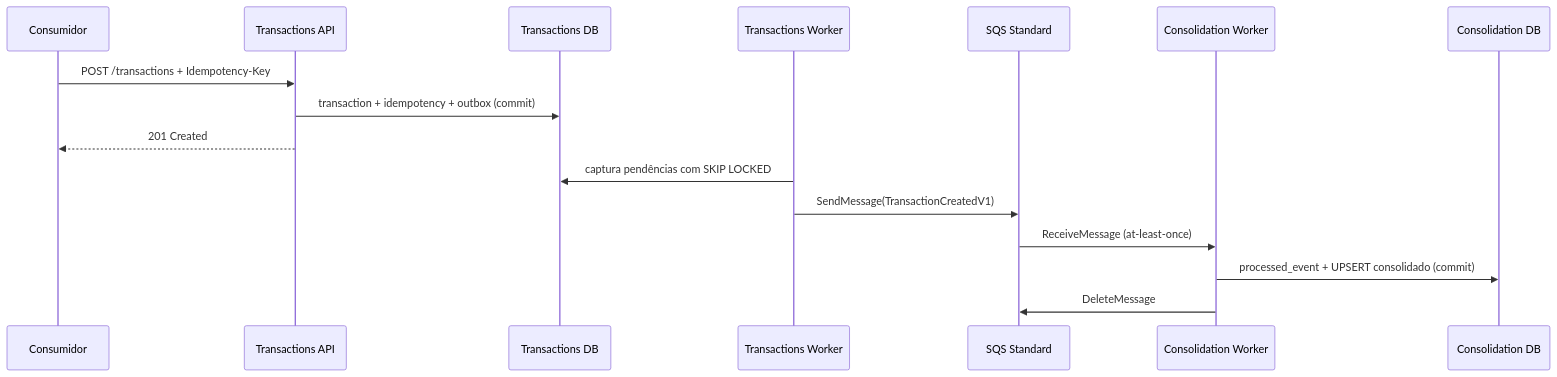
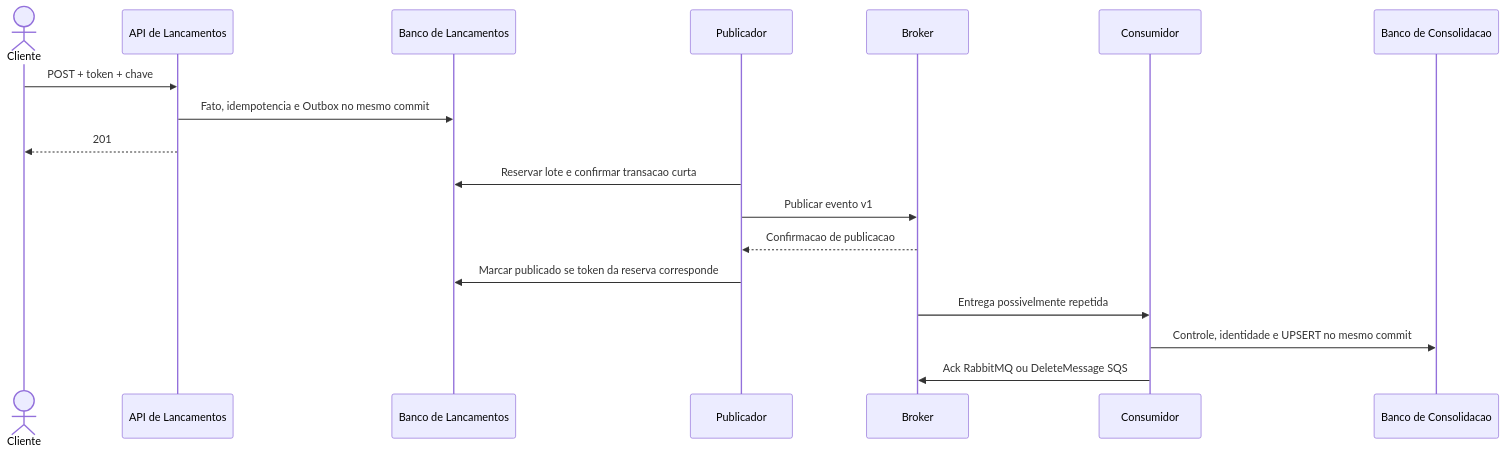
The diagram in docs/04-visoes/visao-integracao.md (ThiagoFerraciolli/cash-flow-architecture), drawn with Mermaid before and after one commit. The commit also changed other lines of this file and 37 other files, not shown here.

````diff
--- a/docs/04-visoes/visao-integracao.md
+++ b/docs/04-visoes/visao-integracao.md
@@ -11,19 +9,20 @@
 ```mermaid
 sequenceDiagram
-    participant U as Consumidor
-    participant T as Transactions API
-    participant DB as Transactions DB
-    participant O as Transactions Worker
-    participant Q as SQS Standard
-    participant W as Consolidation Worker
-    participant CDB as Consolidation DB
-
-    U->>T: POST /transactions + Idempotency-Key
-    T->>DB: transaction + idempotency + outbox (commit)
-    T-->>U: 201 Created
-    O->>DB: captura pendências com SKIP LOCKED
-    O->>Q: SendMessage(TransactionCreatedV1)
-    Q->>W: ReceiveMessage (at-least-once)
-    W->>CDB: processed_event + UPSERT consolidado (commit)
-    W->>Q: DeleteMessage
+    actor U as Cliente
+    participant A as API de Lancamentos
+    participant T as Banco de Lancamentos
+    participant P as Publicador
+    participant Q as Broker
+    participant W as Consumidor
+    participant C as Banco de Consolidacao
+    U->>A: POST + token + chave
+    A->>T: Fato, idempotencia e Outbox no mesmo commit
+    A-->>U: 201
+    P->>T: Reservar lote e confirmar transacao curta
+    P->>Q: Publicar evento v1
+    Q-->>P: Confirmacao de publicacao
+    P->>T: Marcar publicado se token da reserva corresponde
+    Q->>W: Entrega possivelmente repetida
+    W->>C: Controle, identidade e UPSERT no mesmo commit
+    W->>Q: Ack RabbitMQ ou DeleteMessage SQS
 ```
````
